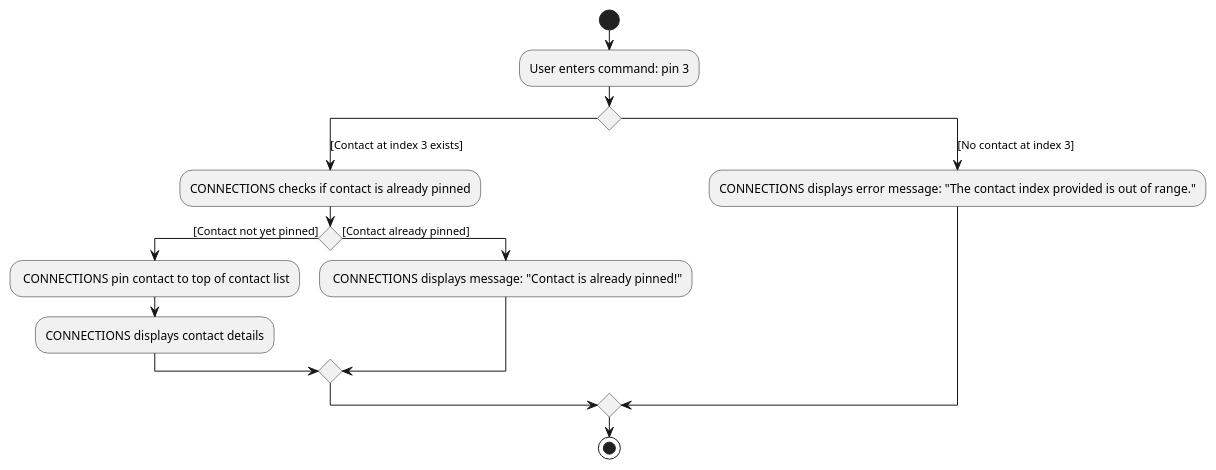
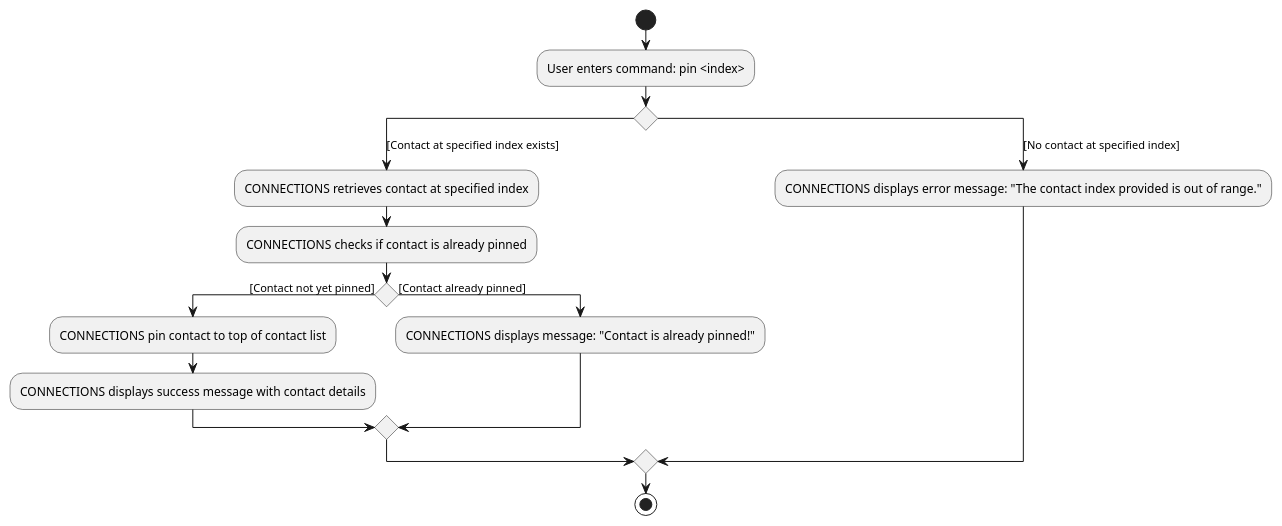
One commit to nus-cs2103-AY2122S1/tp changed the diagram in docs/diagrams/PinActivityDiagram.puml. Above: the diagram before and after it, drawn with PlantUML. The commit also changed 2 other files, not shown here.

Commit message:
Touch up DG diagrams

```diff
--- a/docs/diagrams/PinActivityDiagram.puml
+++ b/docs/diagrams/PinActivityDiagram.puml
@@ -1,22 +1,23 @@
 @startuml
 'https://plantuml.com/activity-diagram-beta
 
 start
-:User enters command: pin 3;
+:User enters command: pin <index>;
 switch()
-case ([Contact at index 3 exists])
-  :CONNECTIONS checks if contact is already pinned;
+case ([Contact at specified index exists])
+  :CONNECTIONS retrieves contact at specified index;
+  -CONNECTIONS checks if contact is already pinned
   if () then ([Contact not yet pinned])
-    : CONNECTIONS pin contact to top of contact list;
-    -CONNECTIONS displays contact details
+    :CONNECTIONS pin contact to top of contact list;
+    -CONNECTIONS displays success message with contact details
   else ([Contact already pinned])
-    : CONNECTIONS displays message: "Contact is already pinned!";
+    :CONNECTIONS displays message: "Contact is already pinned!";
   endif
-case ([No contact at index 3])
+case ([No contact at specified index])
   :CONNECTIONS displays error message: "The contact index provided is out of range.";
 endswitch
 
 
 stop
 
 @enduml
```
